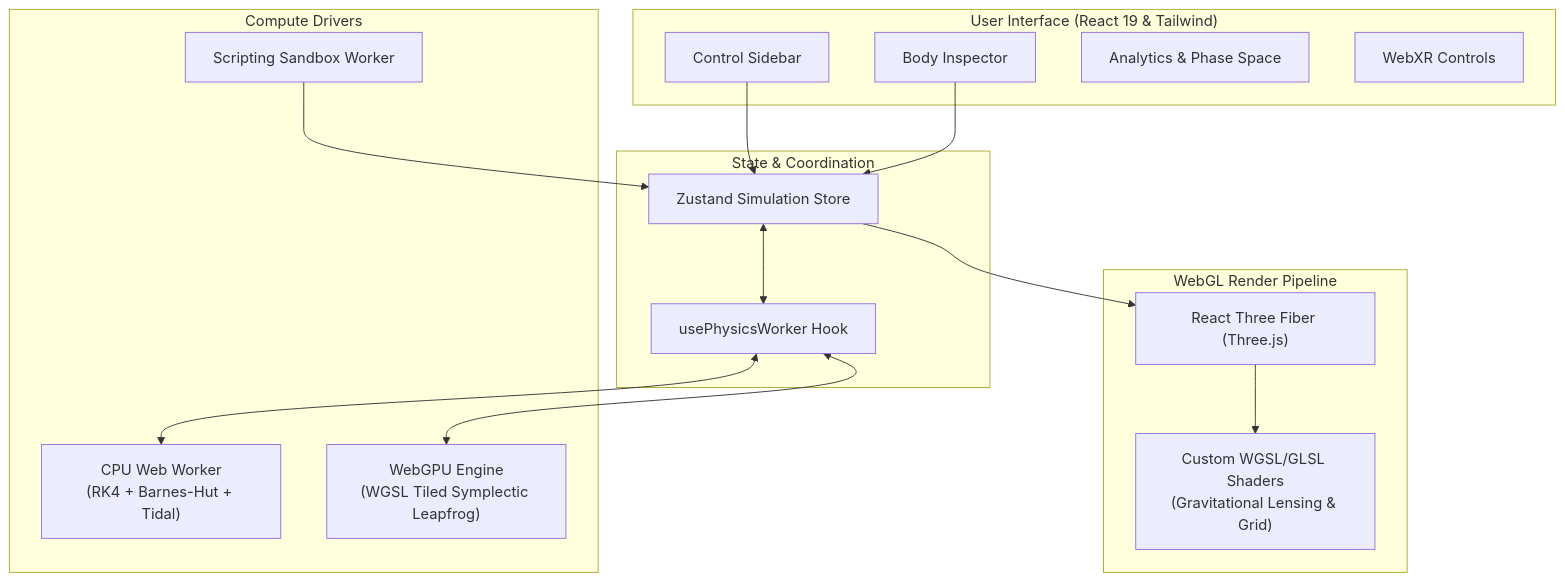
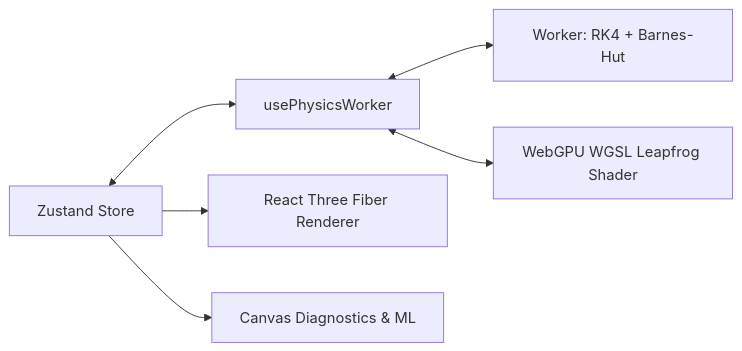
One commit to 06navdeep06/N-Body-Gravity-Orbital-Dynamics-Lab changed the diagram in README.md. Above: the diagram before and after it, drawn with Mermaid. The commit also changed other lines of this file, not shown here.

````diff
--- a/README.md
+++ b/README.md
@@ -182,34 +57,8 @@
 ```mermaid
-flowchart TB
-    subgraph UI ["User Interface (React 19 & Tailwind)"]
-        Sidebar[Control Sidebar]
-        Inspector[Body Inspector]
-        Charts[Analytics & Phase Space]
-        VR[WebXR Controls]
-    end
-
-    subgraph Logic ["State & Coordination"]
-        Store[Zustand Simulation Store]
-        Hook[usePhysicsWorker Hook]
-    end
-
-    subgraph Compute ["Compute Drivers"]
-        Worker["CPU Web Worker<br/>(RK4 + Barnes-Hut + Tidal)"]
-        GPU["WebGPU Engine<br/>(WGSL Tiled Symplectic Leapfrog)"]
-        ScriptEngine["Scripting Sandbox Worker"]
-    end
-
-    subgraph Render ["WebGL Render Pipeline"]
-        R3F["React Three Fiber (Three.js)"]
-        Shaders["Custom WGSL/GLSL Shaders<br/>(Gravitational Lensing & Grid)"]
-    end
-
-    Sidebar --> Store
-    Inspector --> Store
-    ScriptEngine --> Store
-    Store <--> Hook
-    Hook <--> Worker
-    Hook <--> GPU
-    Store --> R3F
-    R3F --> Shaders
+flowchart LR
+    State[Zustand Store] <--> WorkerHook[usePhysicsWorker]
+    WorkerHook <--> CPU[Worker: RK4 + Barnes-Hut]
+    WorkerHook <--> GPU[WebGPU WGSL Leapfrog Shader]
+    State --> R3F[React Three Fiber Renderer]
+    State --> Analytics[Canvas Diagnostics & ML]
 ```
````
